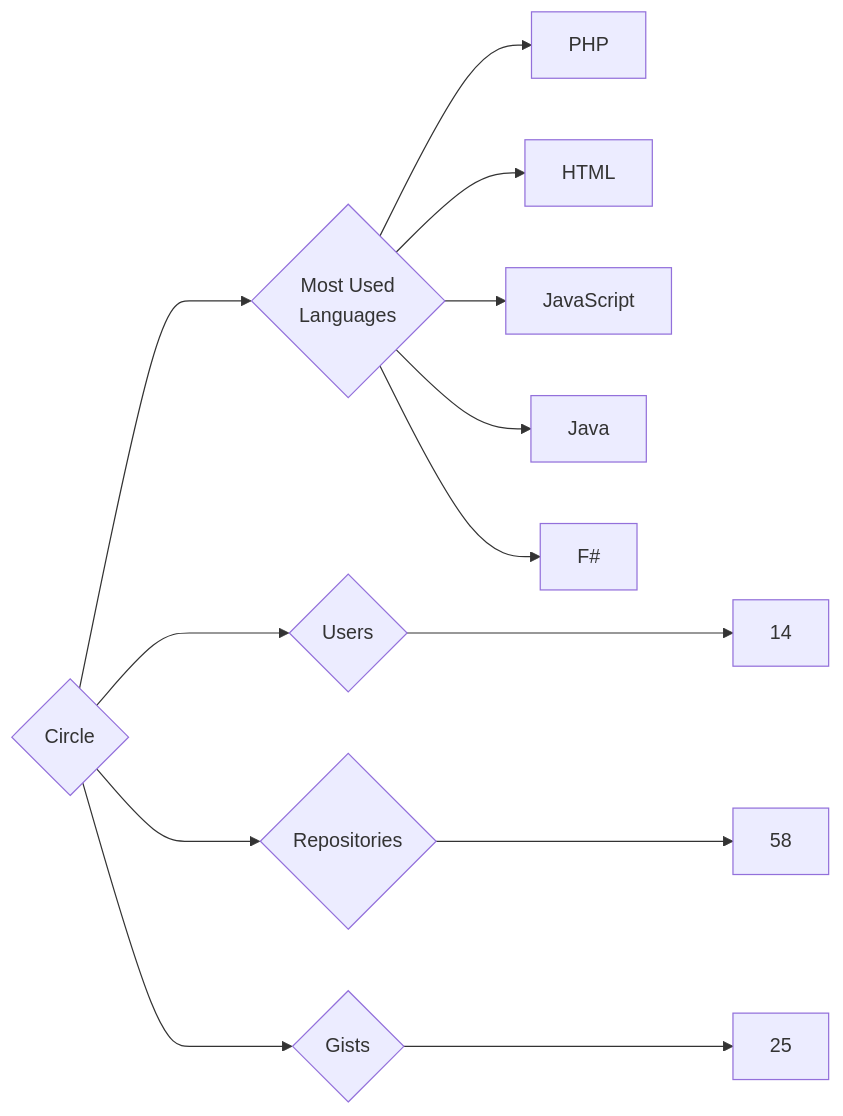
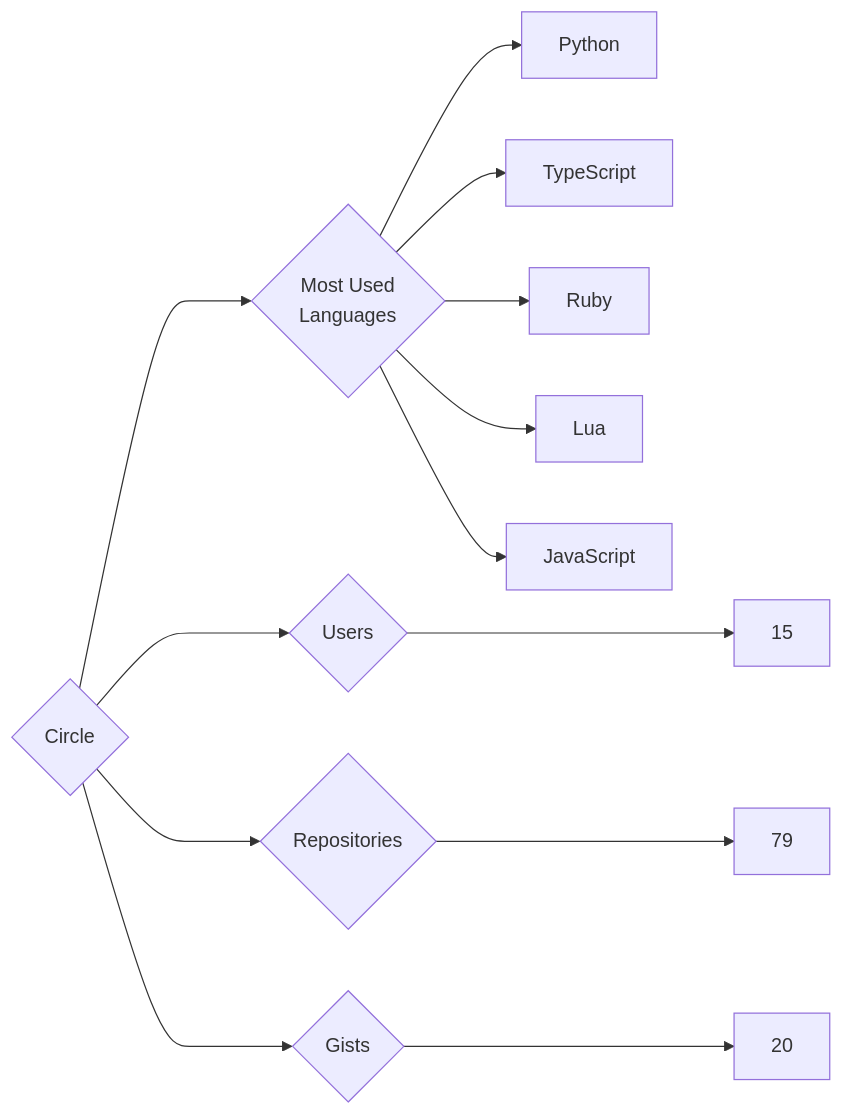
The diagram in targets/Circle/README.md (trickest/insiders), drawn with Mermaid before and after one commit. The commit also changed 699 other files, not shown here.

````diff
--- a/targets/Circle/README.md
+++ b/targets/Circle/README.md
@@ -3,13 +3,13 @@
 ```mermaid
 graph LR
 COMPANY_NAME{Circle}
-COMPANY_NAME ---> U{Users} ---> UN[14]
-COMPANY_NAME ---> R{Repositories} ---> RN[58]
-COMPANY_NAME ---> G{Gists} ---> GN[25]
+COMPANY_NAME ---> U{Users} ---> UN[15]
+COMPANY_NAME ---> R{Repositories} ---> RN[79]
+COMPANY_NAME ---> G{Gists} ---> GN[20]
 COMPANY_NAME ---> ML{Most Used<br>Languages}
-ML --> PHP[PHP]
-ML --> HTML[HTML]
+ML --> Python[Python]
+ML --> TypeScript[TypeScript]
+ML --> Ruby[Ruby]
+ML --> Lua[Lua]
 ML --> JavaScript[JavaScript]
-ML --> Java[Java]
-ML --> F#[F#]
 ```
````
